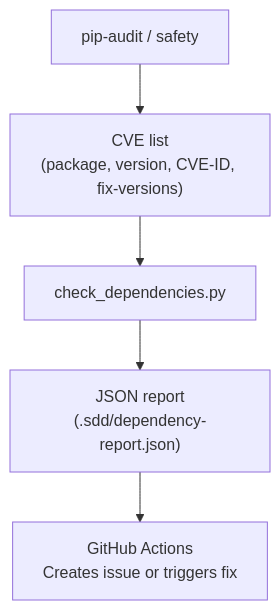
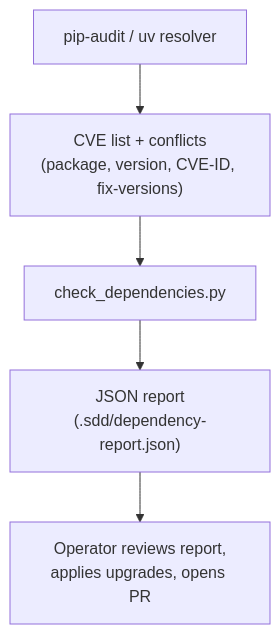
The diagram in docs/architecture/DEPENDENCY_RESOLVER.md (AlvaroBalbin/bernstein), drawn with Mermaid before and after one commit. The commit also changed other lines of this file and 13 other files, not shown here.

````diff
--- a/docs/architecture/DEPENDENCY_RESOLVER.md
+++ b/docs/architecture/DEPENDENCY_RESOLVER.md
@@ -144,7 +61,7 @@
 ```mermaid
 graph TD
-    A["pip-audit / safety"] --> B["CVE list\n(package, version, CVE-ID, fix-versions)"]
+    A["pip-audit / uv resolver"] --> B["CVE list + conflicts\n(package, version, CVE-ID, fix-versions)"]
     B --> C["check_dependencies.py"]
     C --> D["JSON report\n(.sdd/dependency-report.json)"]
-    D --> E["GitHub Actions\nCreates issue or triggers fix"]
+    D --> E["Operator reviews report,\napplies upgrades, opens PR"]
 ```
````
